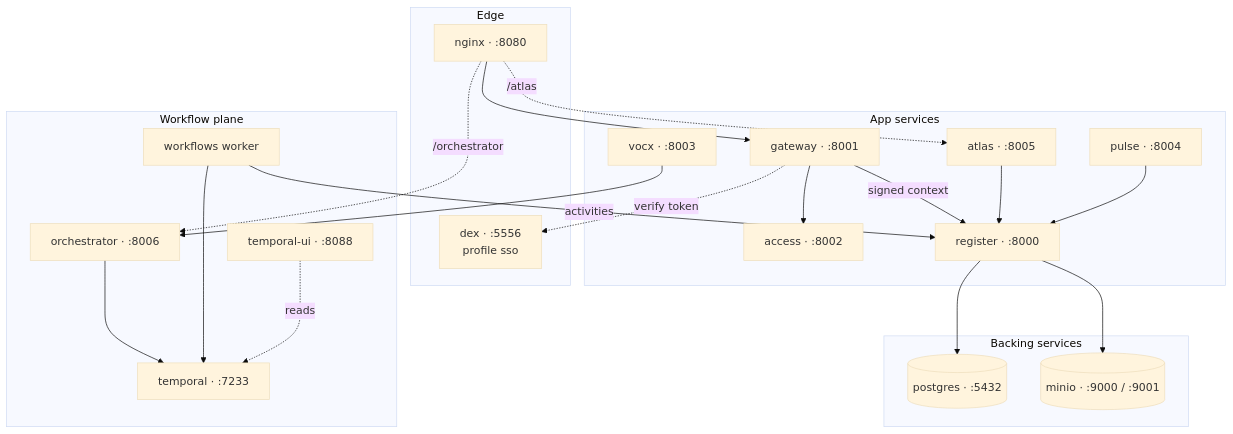
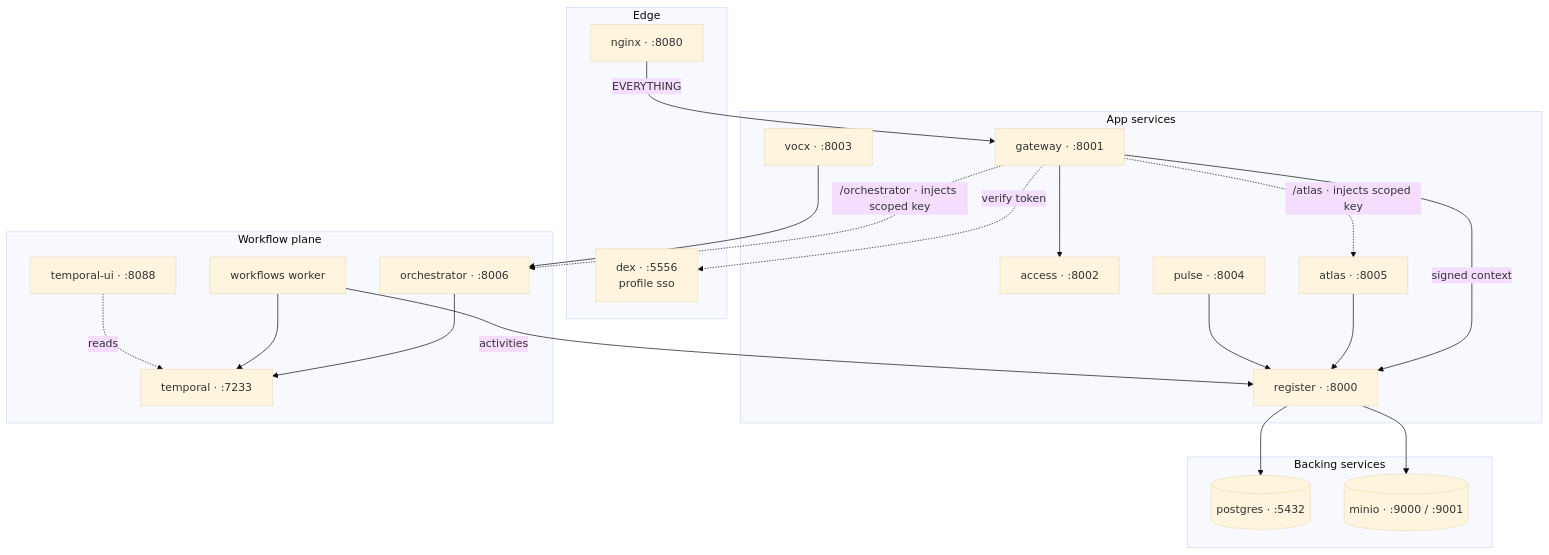
One commit to shashikanth-vh/vox changed the seventh of 9 diagrams in docs/ARCHITECTURE.md. Above: the diagram before and after it, drawn with Mermaid (base theme). The commit also changed other lines of this file and 194 other files, not shown here.

````diff
--- a/docs/ARCHITECTURE.md
+++ b/docs/ARCHITECTURE.md
@@ -231,40 +231,40 @@
 ```mermaid
 flowchart TB
   subgraph EDGE["Edge"]
     NG["nginx · :8080"]
     DEX["dex · :5556<br/>profile sso"]
   end
   subgraph APP["App services"]
     GW["gateway · :8001"]
     AC["access · :8002"]
     RG["register · :8000"]
     AT["atlas · :8005"]
     VX["vocx · :8003"]
     PU["pulse · :8004"]
   end
   subgraph WF["Workflow plane"]
     OR["orchestrator · :8006"]
     WK["workflows worker"]
     TE["temporal · :7233"]
     TU["temporal-ui · :8088"]
   end
   subgraph BK["Backing services"]
     PG[("postgres · :5432")]
     MO[("minio · :9000 / :9001")]
   end
-  NG --> GW
-  NG -. /atlas .-> AT
-  NG -. /orchestrator .-> OR
+  NG -->|EVERYTHING| GW
+  GW -. /atlas · injects scoped key .-> AT
+  GW -. /orchestrator · injects scoped key .-> OR
   GW --> AC
   GW -->|signed context| RG
   AT --> RG
   PU --> RG
   VX --> OR
   OR --> TE
   WK --> TE
   WK -->|activities| RG
   TU -. reads .-> TE
   RG --> PG
   RG --> MO
   GW -. verify token .-> DEX
 ```
````
